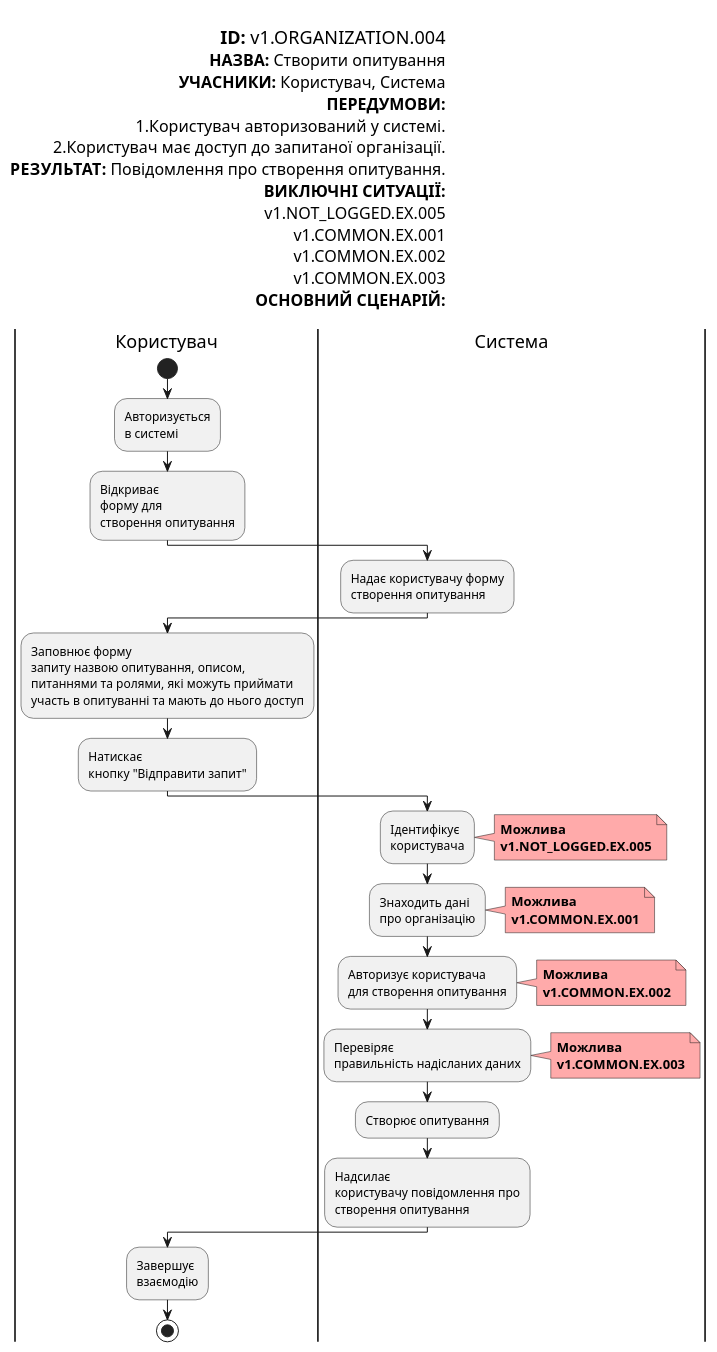
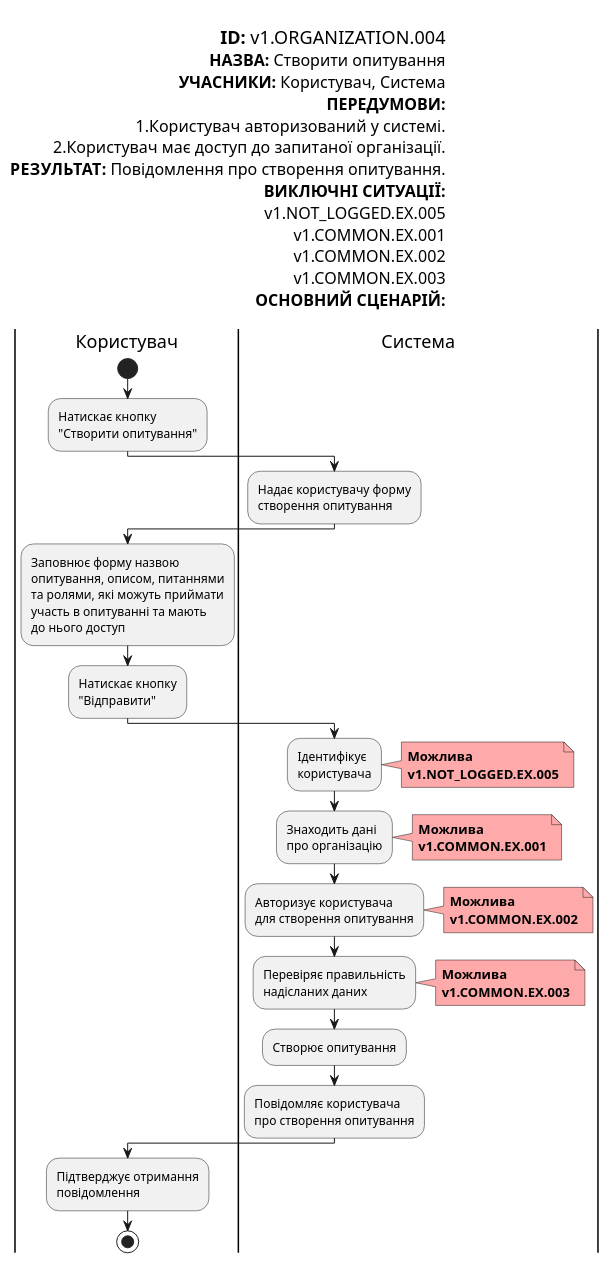
Diagram 13 of 23 in docs/use-cases/README.md (gurug-prog/survey-expert), drawn with PlantUML before and after one commit. The commit also changed other lines of this file and 3 other files, not shown here.

Commit message:
Improve diagrams

```diff
--- a/docs/use-cases/README.md
+++ b/docs/use-cases/README.md
@@ -630,24 +656,24 @@
 
       |Користувач|
           start
-          :Авторизується
-          в системі;
 
-          :Відкриває
-          форму для
-          створення опитування;
+          :Натискає кнопку
+          "Створити опитування";
+
       |Система|
+
           :Надає користувачу форму
           створення опитування;
 
-      |Користувач|            
-          :Заповнює форму
-          запиту назвою опитування, описом,
-          питаннями та ролями, які можуть приймати
-          участь в опитуванні та мають до нього доступ;
+      |Користувач|
+          :Заповнює форму назвою
+          опитування, описом, питаннями
+          та ролями, які можуть приймати
+          участь в опитуванні та мають
+          до нього доступ;
 
-          :Натискає
-          кнопку "Відправити запит";
+          :Натискає кнопку
+          "Відправити";
 
       |Система|
           :Ідентифікує
@@ -671,8 +697,8 @@
           <b>v1.COMMON.EX.002</b>
           end note
 
-          :Перевіряє
-          правильність надісланих даних;
+          :Перевіряє правильність
+          надісланих даних;
           note right #ffaaaa
           <b>Можлива</b>
           <b>v1.COMMON.EX.003</b>
@@ -680,13 +706,12 @@
 
           :Створює опитування;
 
-          :Надсилає
-          користувачу повідомлення про
-          створення опитування;
+          :Повідомляє користувача
+          про створення опитування;
     
       |Користувач|
-          :Завершує
-          взаємодію;
+          :Підтверджує отримання
+          повідомлення;
   
           stop;
     
```
